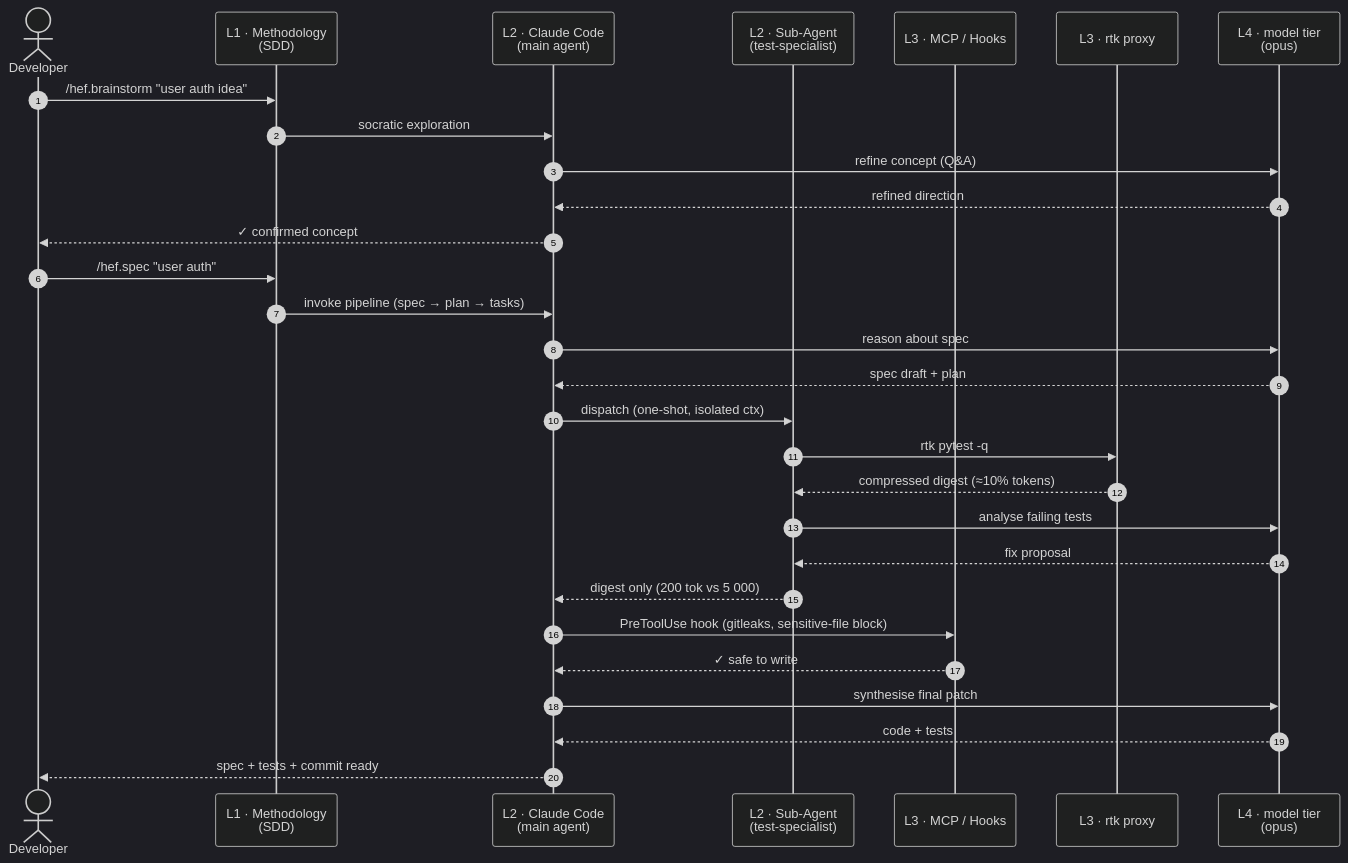
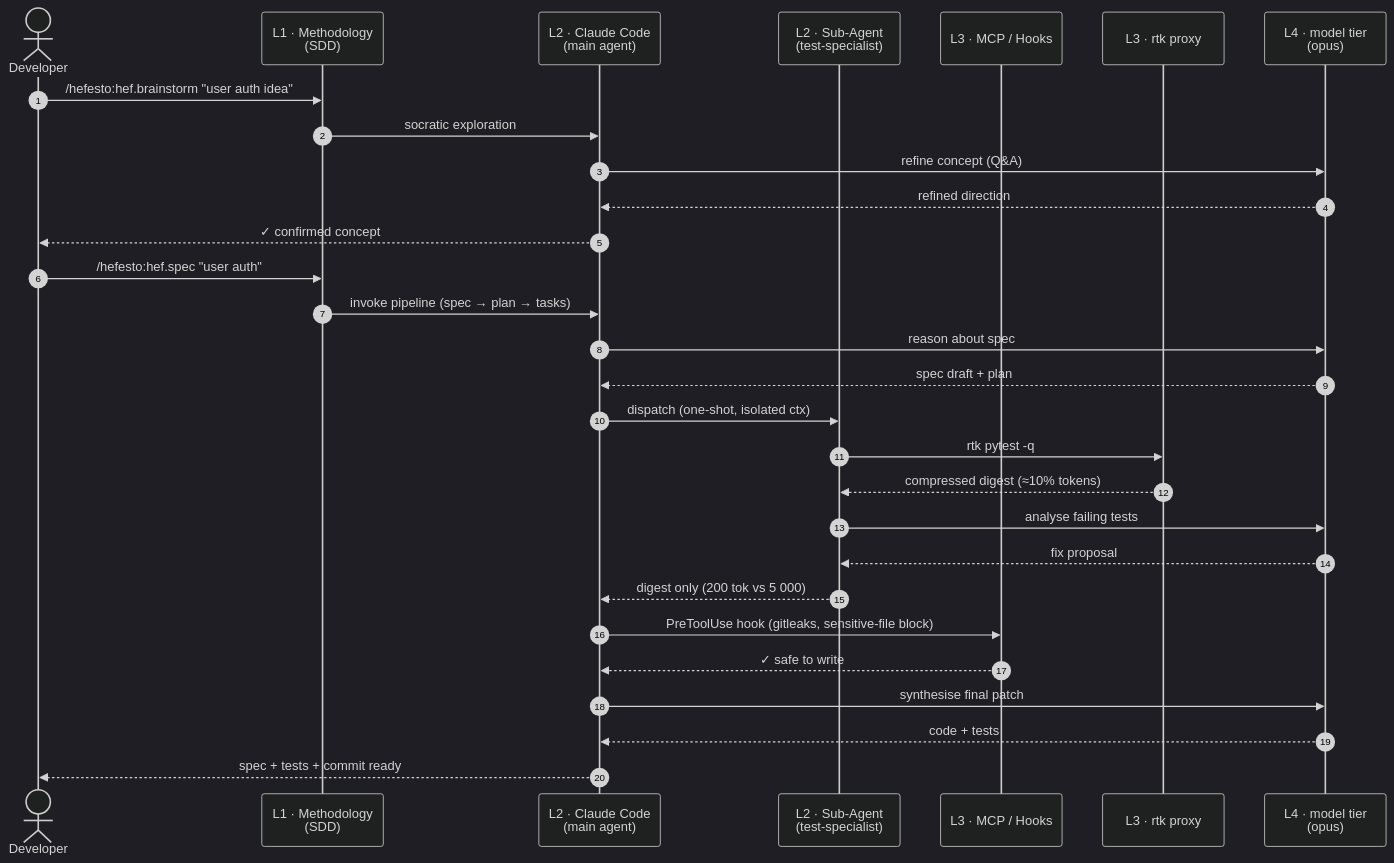
The diagram in docs/architecture.md (joaoariedi/hefesto), drawn with Mermaid (dark theme) before and after one commit. The commit also changed other lines of this file and 91 other files, not shown here.

First line of the commit message:
docs: commands spelled /hefesto:hef.*, a step-by-step quick start, docs checked against the code

````diff
--- a/docs/architecture.md
+++ b/docs/architecture.md
@@ -50,32 +50,32 @@
 ```mermaid
 sequenceDiagram
     autonumber
     actor Dev as Developer
     participant FW as L1 · Methodology<br/>(SDD)
     participant CC as L2 · Claude Code<br/>(main agent)
     participant Sub as L2 · Sub-Agent<br/>(test-specialist)
     participant MCP as L3 · MCP / Hooks
     participant RTK as L3 · rtk proxy
     participant Mod as L4 · model tier<br/>(opus)
 
-    Dev->>FW: /hef.brainstorm "user auth idea"
+    Dev->>FW: /hefesto:hef.brainstorm "user auth idea"
     FW->>CC: socratic exploration
     CC->>Mod: refine concept (Q&A)
     Mod-->>CC: refined direction
     CC-->>Dev: ✓ confirmed concept
-    Dev->>FW: /hef.spec "user auth"
+    Dev->>FW: /hefesto:hef.spec "user auth"
     FW->>CC: invoke pipeline (spec → plan → tasks)
     CC->>Mod: reason about spec
     Mod-->>CC: spec draft + plan
     CC->>Sub: dispatch (one-shot, isolated ctx)
     Sub->>RTK: rtk pytest -q
     RTK-->>Sub: compressed digest (≈10% tokens)
     Sub->>Mod: analyse failing tests
     Mod-->>Sub: fix proposal
     Sub-->>CC: digest only (200 tok vs 5 000)
     CC->>MCP: PreToolUse hook (gitleaks, sensitive-file block)
     MCP-->>CC: ✓ safe to write
     CC->>Mod: synthesise final patch
     Mod-->>CC: code + tests
     CC-->>Dev: spec + tests + commit ready
 ```
````
